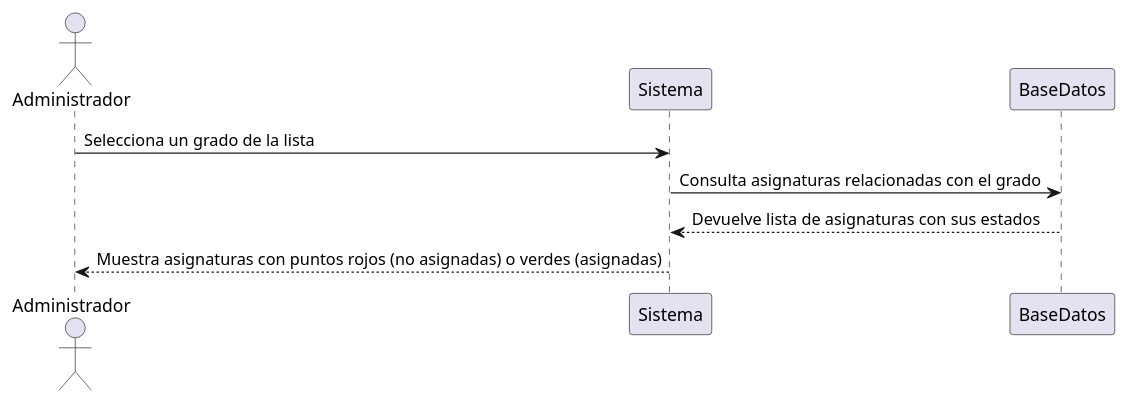
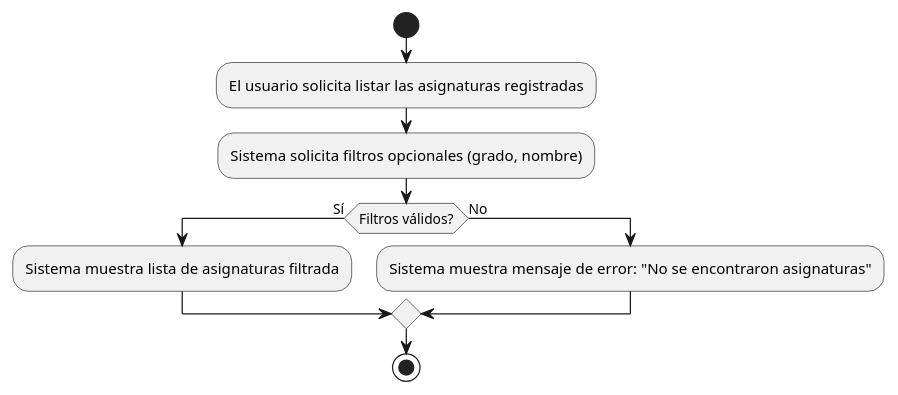
One commit to mmasias/24-25-IdSw1-SDR changed the diagram in casosDeUso/plantUML/MostrarAsignaturas.puml. Above: the diagram before and after it, drawn with PlantUML.

```diff
--- a/casosDeUso/plantUML/MostrarAsignaturas.puml
+++ b/casosDeUso/plantUML/MostrarAsignaturas.puml
@@ -1,8 +1,11 @@
 @startuml
-actor Administrador as A
-
-A -> Sistema : Selecciona un grado de la lista
-Sistema -> BaseDatos : Consulta asignaturas relacionadas con el grado
-BaseDatos --> Sistema : Devuelve lista de asignaturas con sus estados
-Sistema --> A : Muestra asignaturas con puntos rojos (no asignadas) o verdes (asignadas)
+start
+:El usuario solicita listar las asignaturas registradas;
+:Sistema solicita filtros opcionales (grado, nombre);
+if (Filtros válidos?) then (Sí)
+  :Sistema muestra lista de asignaturas filtrada;
+else (No)
+  :Sistema muestra mensaje de error: "No se encontraron asignaturas";
+endif
+stop
 @enduml
```
